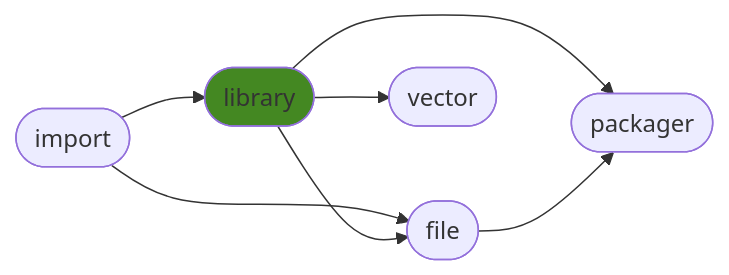
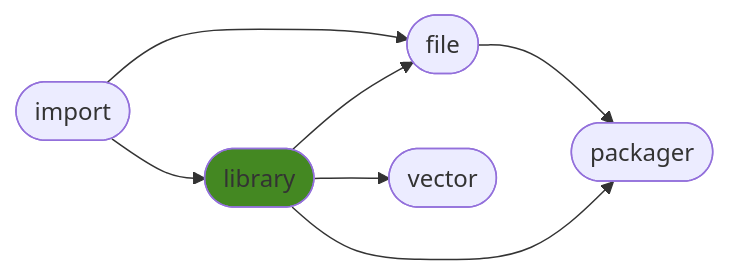
The diagram in README.md (ManderaGeneral/generallibrary), drawn with Mermaid before and after one commit. The commit also changed other lines of this file, not shown here.

````diff
--- a/README.md
+++ b/README.md
@@ -24,15 +24,15 @@
 ```mermaid
 flowchart LR
-1([library]) --> 4([packager])
+1([library]) --> 3([vector])
 2([file]) --> 4([packager])
 0([import]) --> 2([file])
-1([library]) --> 3([vector])
 0([import]) --> 1([library])
 1([library]) --> 2([file])
+1([library]) --> 4([packager])
 click 0 "https://github.com/ManderaGeneral/generalimport"
 click 1 "https://github.com/ManderaGeneral/generallibrary"
 click 2 "https://github.com/ManderaGeneral/generalfile"
 click 3 "https://github.com/ManderaGeneral/generalvector"
 click 4 "https://github.com/ManderaGeneral/generalpackager"
 style 1 fill:#482
 ```
````
